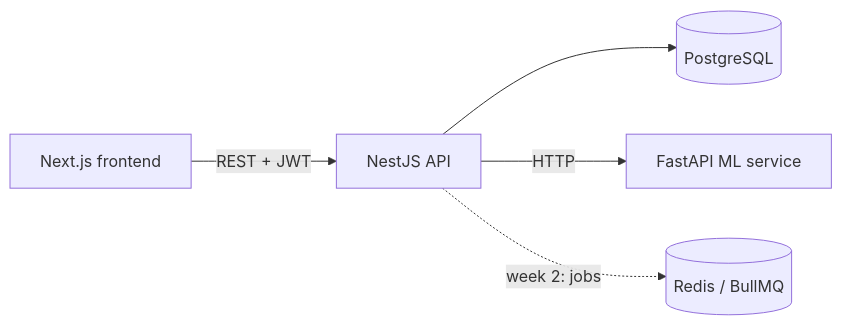
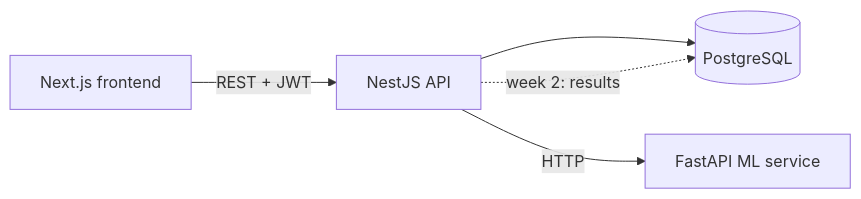
Before and after one commit to Sualiha-05/AI-Powered-Job-Application-Tracker: the diagram in docs/ARCHITECTURE.md, drawn with Mermaid. The commit also changed other lines of this file and 29 other files, not shown here.

````diff
--- a/docs/ARCHITECTURE.md
+++ b/docs/ARCHITECTURE.md
@@ -3,7 +3,7 @@
 ```mermaid
 flowchart LR
   UI[Next.js frontend] -->|REST + JWT| API[NestJS API]
   API --> DB[(PostgreSQL)]
   API -->|HTTP| ML[FastAPI ML service]
-  API -.->|week 2: jobs| Q[(Redis / BullMQ)]
+  API -.->|week 2: results| DB
 ```
````
